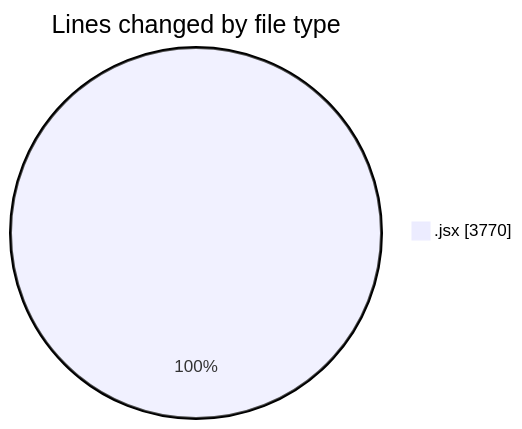
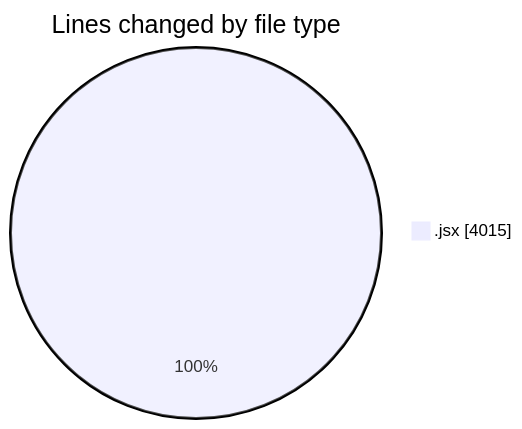
Before and after one commit to nxtqubesakshisongat/code-tracking: the first of 2 diagrams in 2025-07-08/argos/README.md, drawn with Mermaid. The commit also changed other lines of this file and 1 other file, not shown here.

````diff
--- a/2025-07-08/argos/README.md
+++ b/2025-07-08/argos/README.md
@@ -24,5 +24,5 @@
 ```mermaid
 pie showData
 title Lines changed by file type
-".jsx" : 3770
+".jsx" : 4015
 ```
````
